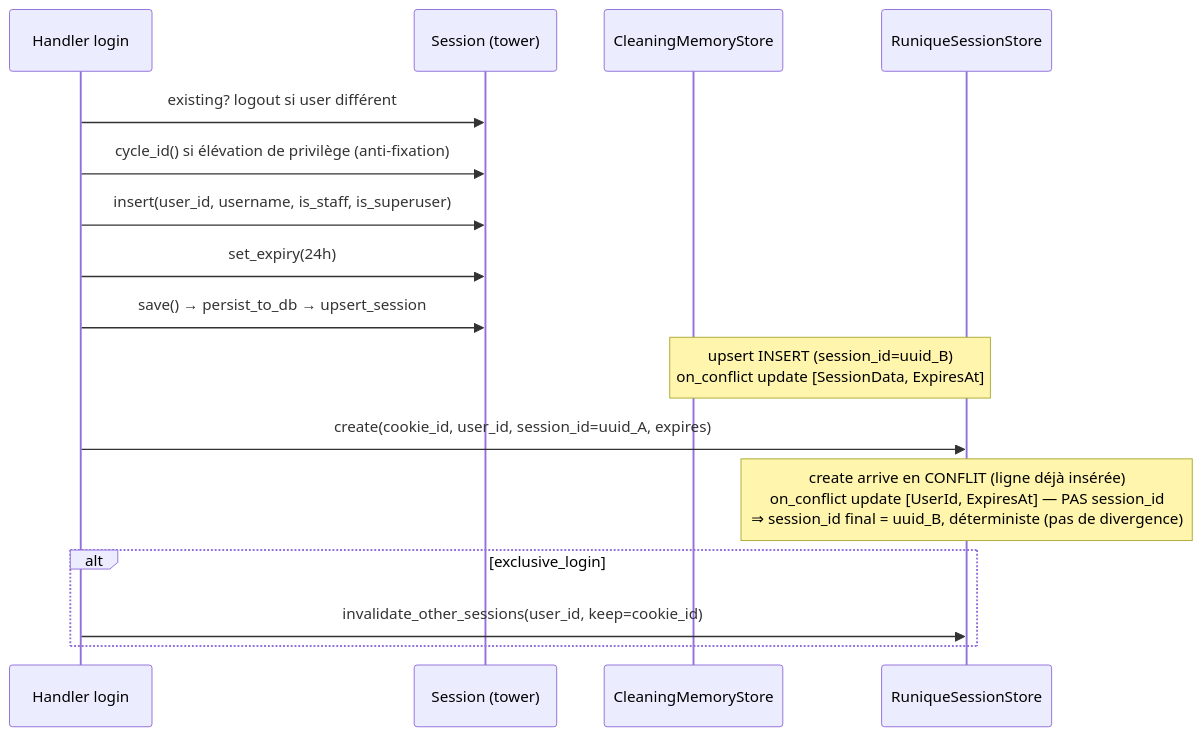
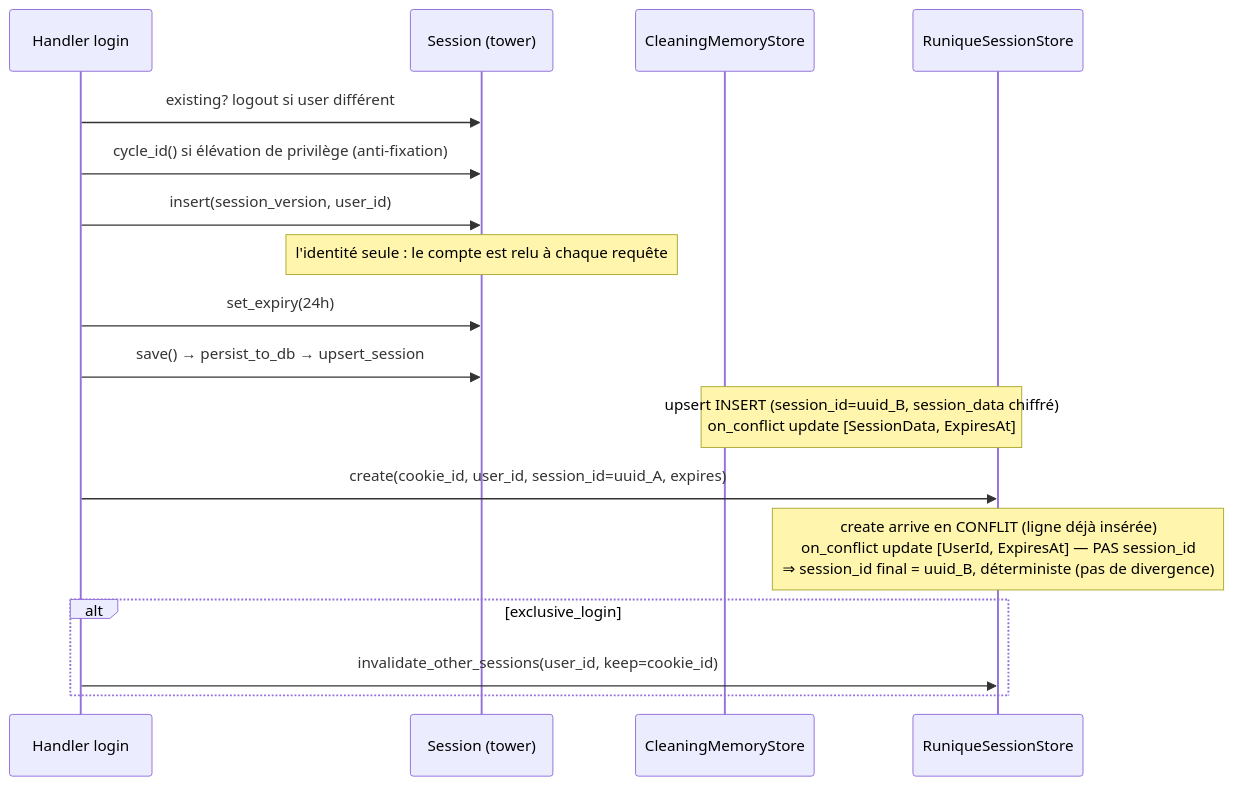
The first of 3 diagrams in diagramme/flux/auth-session-et-makemigrations.md (seb-alliot/runique), drawn with Mermaid before and after one commit. The commit also changed other lines of this file and 56 other files, not shown here.

````diff
--- a/diagramme/flux/auth-session-et-makemigrations.md
+++ b/diagramme/flux/auth-session-et-makemigrations.md
@@ -7,19 +7,20 @@
 ```mermaid
 sequenceDiagram
     participant H as Handler login
     participant S as Session (tower)
     participant M as CleaningMemoryStore
     participant DB as RuniqueSessionStore
 
     H->>S: existing? logout si user différent
     H->>S: cycle_id() si élévation de privilège (anti-fixation)
-    H->>S: insert(user_id, username, is_staff, is_superuser)
+    H->>S: insert(session_version, user_id)
+    Note over S: l'identité seule : le compte est relu à chaque requête
     H->>S: set_expiry(24h)
     H->>S: save() → persist_to_db → upsert_session
-    Note over M,DB: upsert INSERT (session_id=uuid_B)<br/>on_conflict update [SessionData, ExpiresAt]
+    Note over M,DB: upsert INSERT (session_id=uuid_B, session_data chiffré)<br/>on_conflict update [SessionData, ExpiresAt]
     H->>DB: create(cookie_id, user_id, session_id=uuid_A, expires)
     Note over DB: create arrive en CONFLIT (ligne déjà insérée)<br/>on_conflict update [UserId, ExpiresAt] — PAS session_id<br/>⇒ session_id final = uuid_B, déterministe (pas de divergence)
     alt exclusive_login
         H->>DB: invalidate_other_sessions(user_id, keep=cookie_id)
     end
 ```
````
